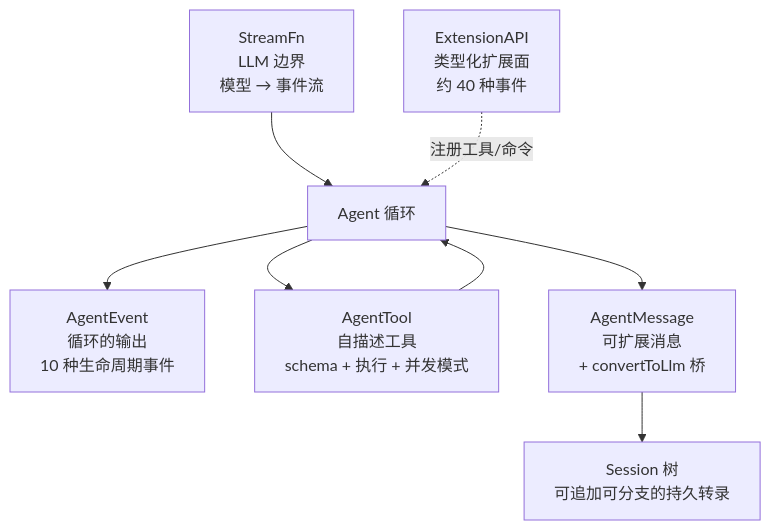
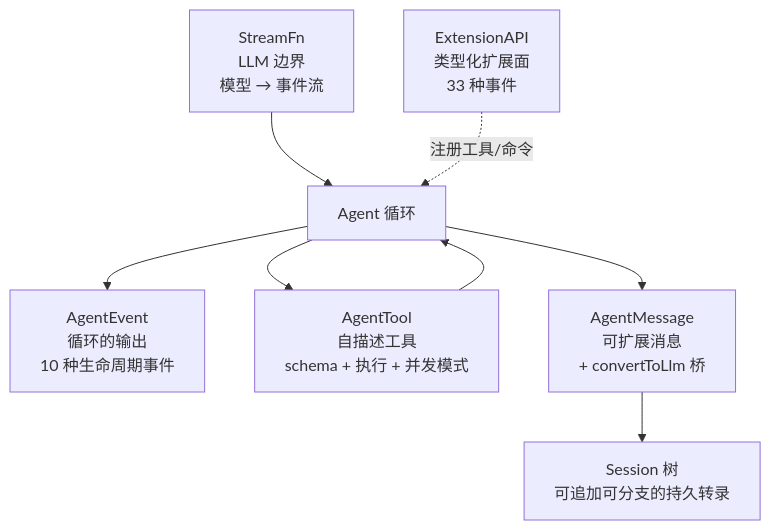
One commit to etet2007/pi-agent-from-source changed the second of 6 diagrams in book/ch01-architecture.md. Above: the diagram before and after it, drawn with Mermaid. The commit also changed other lines of this file, not shown here.

Commit message:
docs(ch01): align code excerpts with prose and correct extension event count

````diff
--- a/book/ch01-architecture.md
+++ b/book/ch01-architecture.md
@@ -89,17 +89,17 @@
 ```mermaid
 graph TD
     StreamFn["StreamFn<br/>LLM 边界<br/>模型 → 事件流"]
     AgentEvent["AgentEvent<br/>循环的输出<br/>10 种生命周期事件"]
     AgentTool["AgentTool<br/>自描述工具<br/>schema + 执行 + 并发模式"]
     AgentMessage["AgentMessage<br/>可扩展消息<br/>+ convertToLlm 桥"]
     Session["Session 树<br/>可追加可分支的持久转录"]
-    ExtAPI["ExtensionAPI<br/>类型化扩展面<br/>约 40 种事件"]
+    ExtAPI["ExtensionAPI<br/>类型化扩展面<br/>33 种事件"]
 
     StreamFn --> Loop["Agent 循环"]
     Loop --> AgentEvent
     Loop --> AgentTool
     AgentTool --> Loop
     Loop --> AgentMessage
     AgentMessage --> Session
     ExtAPI -.->|注册工具/命令| Loop
 ```
````
